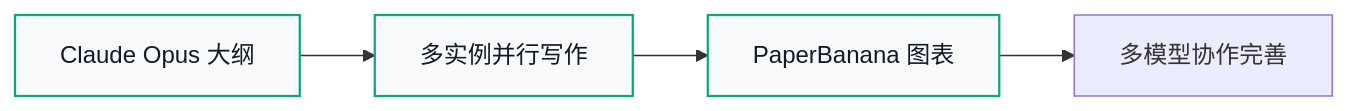
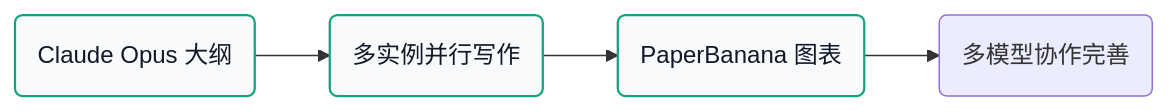
One commit to yiweinanzi/ai-research-ebook changed the fifth of 5 diagrams in src/content/docs/tools/workflow.mdx. Above: the diagram before and after it, drawn with Mermaid. The commit also changed other lines of this file and 12 other files, not shown here.

First line of the commit message:
fix: Mermaid diagrams - remove Chinese punctuation parsing issues

````diff
--- a/src/content/docs/tools/workflow.mdx
+++ b/src/content/docs/tools/workflow.mdx
@@ -168,9 +176,11 @@
 ```mermaid
 flowchart LR
-    A[Claude Opus 大纲] --> B[多实例并行写作]
-    B --> C[PaperBanana 图表]
-    C --> D[多模型协作完善]
+    A(Claude Opus 大纲) --> B(多实例并行写作)
+    B --> C(PaperBanana 图表)
+    C --> D(多模型协作完善)
 
     classDef writing fill:#f8fafc,stroke:#10a37f,stroke-width:1.5px,color:#111827
     class A,B,C writing
+
+
 ```
````
